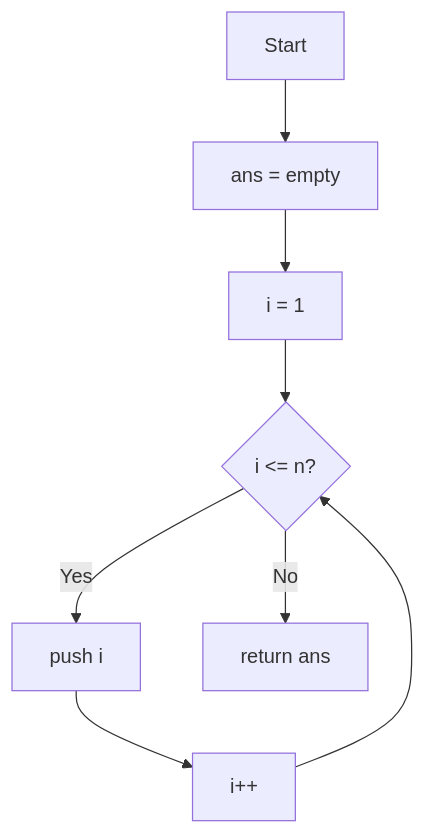
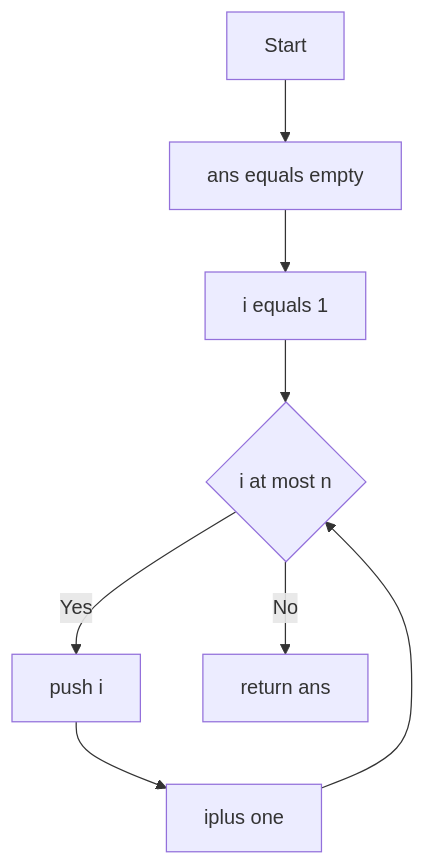
The fifth of 25 diagrams in CP_DSA_NOTES/002_CONCEPT_FRAMEWORK_FORMS_TATICS/011_CONTRUCTIVE_ALGORITHMS_CFFT.md (mthaiseer/springcloud-systemdesign-notes), drawn with Mermaid before and after one commit. The commit also changed other lines of this file and 1 other file, not shown here.

````diff
--- a/CP_DSA_NOTES/002_CONCEPT_FRAMEWORK_FORMS_TATICS/011_CONTRUCTIVE_ALGORITHMS_CFFT.md
+++ b/CP_DSA_NOTES/002_CONCEPT_FRAMEWORK_FORMS_TATICS/011_CONTRUCTIVE_ALGORITHMS_CFFT.md
@@ -238,10 +233,10 @@
 ```mermaid
 flowchart TD
-    A[Start] --> B[ans = empty]
-    B --> C[i = 1]
-    C --> D{ i <= n? }
-    D -->|Yes| E[push i]
-    E --> F[i++]
+    A["Start"] --> B["ans equals empty"]
+    B --> C["i equals 1"]
+    C --> D{"i at most n"}
+    D -->|Yes| E["push i"]
+    E --> F["iplus one"]
     F --> D
-    D -->|No| G[return ans]
+    D -->|No| G["return ans"]
 ```
````
